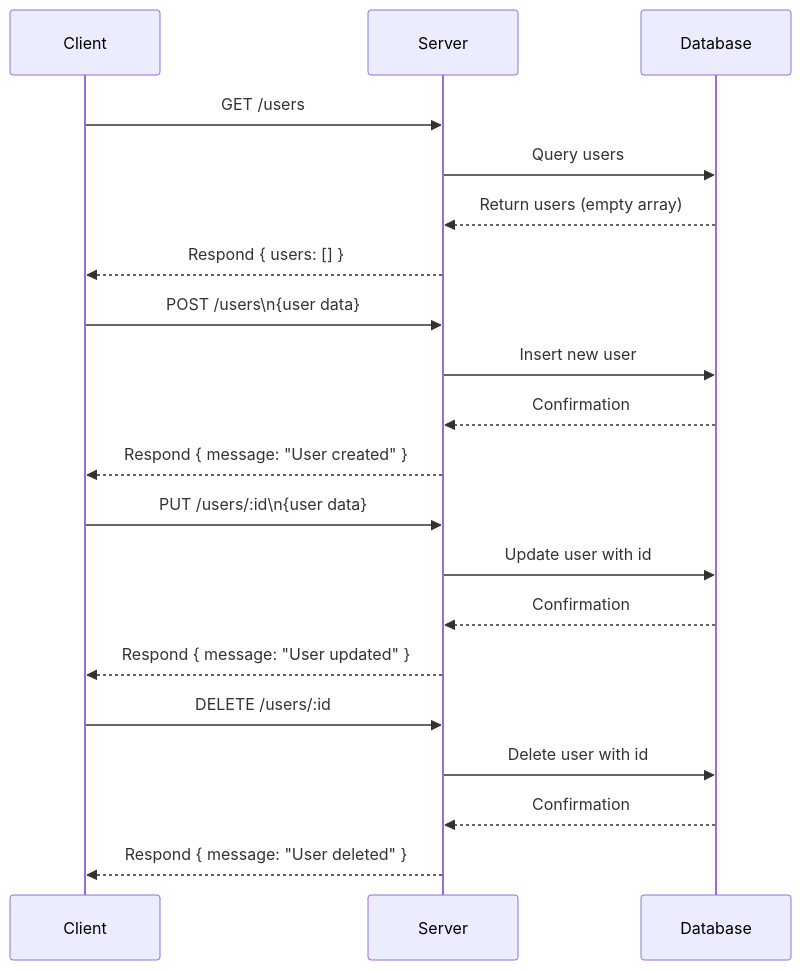
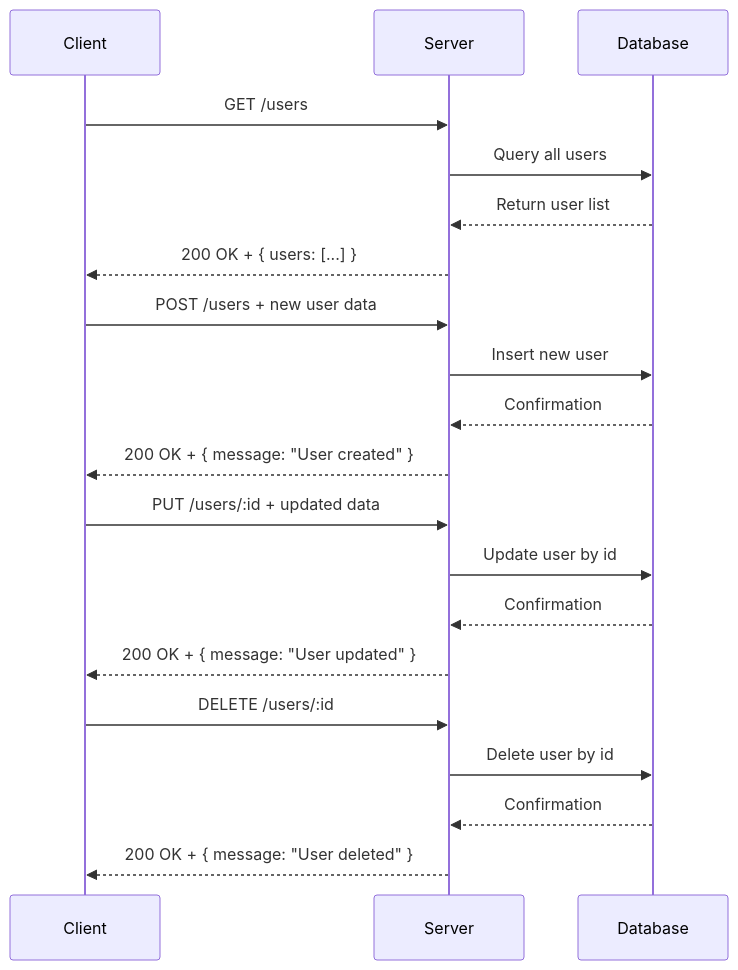
One commit to shruthikha/sample-api-project changed the diagram in generated-api-docs.md. Above: the diagram before and after it, drawn with Mermaid. The commit also changed other lines of this file, not shown here.

````diff
--- a/generated-api-docs.md
+++ b/generated-api-docs.md
@@ -232,26 +242,26 @@
 ```mermaid
 sequenceDiagram
-  participant Client
-  participant Server
-  participant Database
+    participant Client
+    participant Server
+    participant Database
 
-  Client->>Server: GET /users
-  Server->>Database: Query users
-  Database-->>Server: Return users (empty array)
-  Server-->>Client: Respond { users: [] }
+    Client->>Server: GET /users
+    Server->>Database: Query all users
+    Database-->>Server: Return user list
+    Server-->>Client: 200 OK + { users: [...] }
 
-  Client->>Server: POST /users\n{user data}
-  Server->>Database: Insert new user
-  Database-->>Server: Confirmation
-  Server-->>Client: Respond { message: "User created" }
+    Client->>Server: POST /users + new user data
+    Server->>Database: Insert new user
+    Database-->>Server: Confirmation
+    Server-->>Client: 200 OK + { message: "User created" }
 
-  Client->>Server: PUT /users/:id\n{user data}
-  Server->>Database: Update user with id
-  Database-->>Server: Confirmation
-  Server-->>Client: Respond { message: "User updated" }
+    Client->>Server: PUT /users/:id + updated data
+    Server->>Database: Update user by id
+    Database-->>Server: Confirmation
+    Server-->>Client: 200 OK + { message: "User updated" }
 
-  Client->>Server: DELETE /users/:id
-  Server->>Database: Delete user with id
-  Database-->>Server: Confirmation
-  Server-->>Client: Respond { message: "User deleted" }
+    Client->>Server: DELETE /users/:id
+    Server->>Database: Delete user by id
+    Database-->>Server: Confirmation
+    Server-->>Client: 200 OK + { message: "User deleted" }
 ```
````
